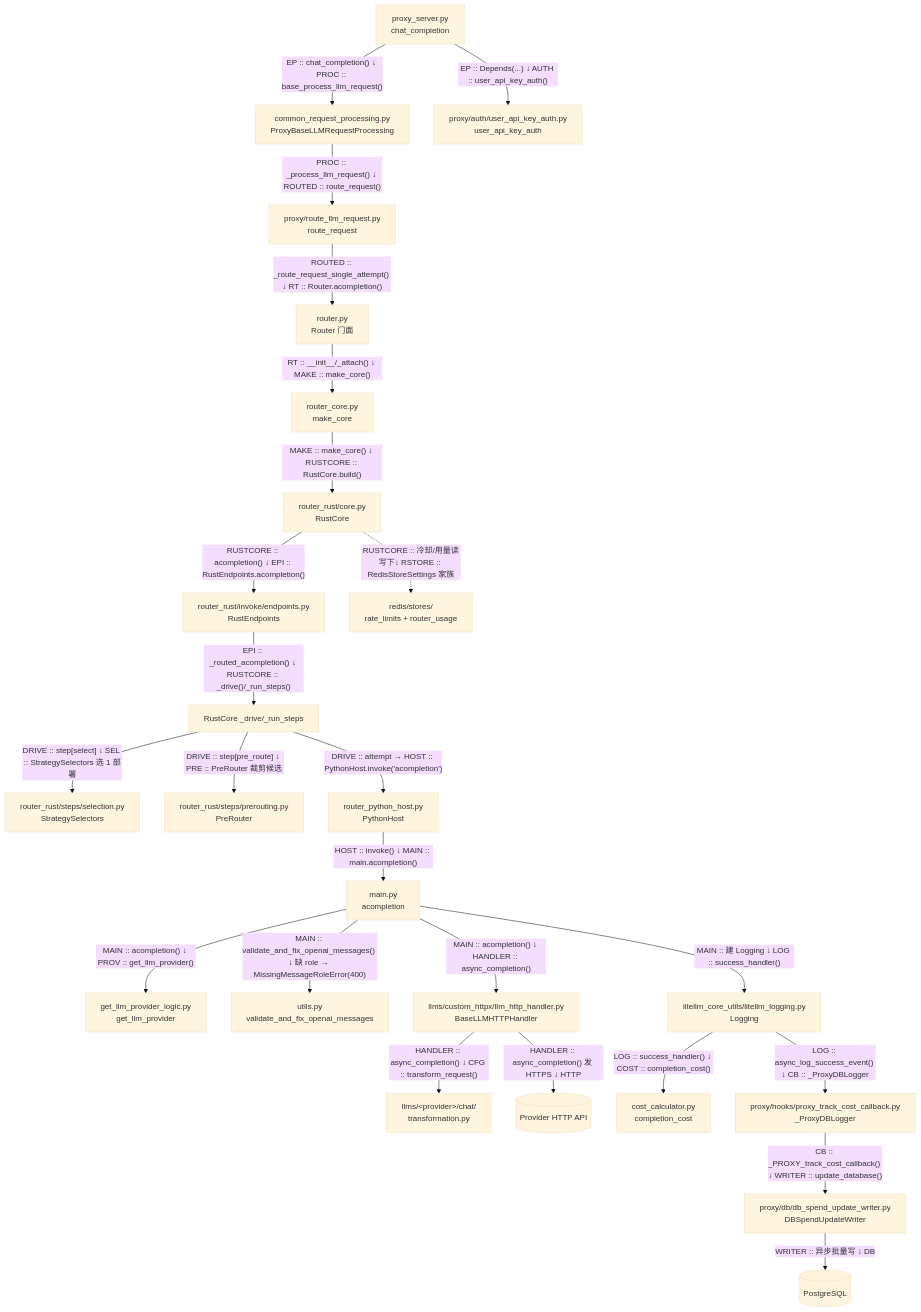
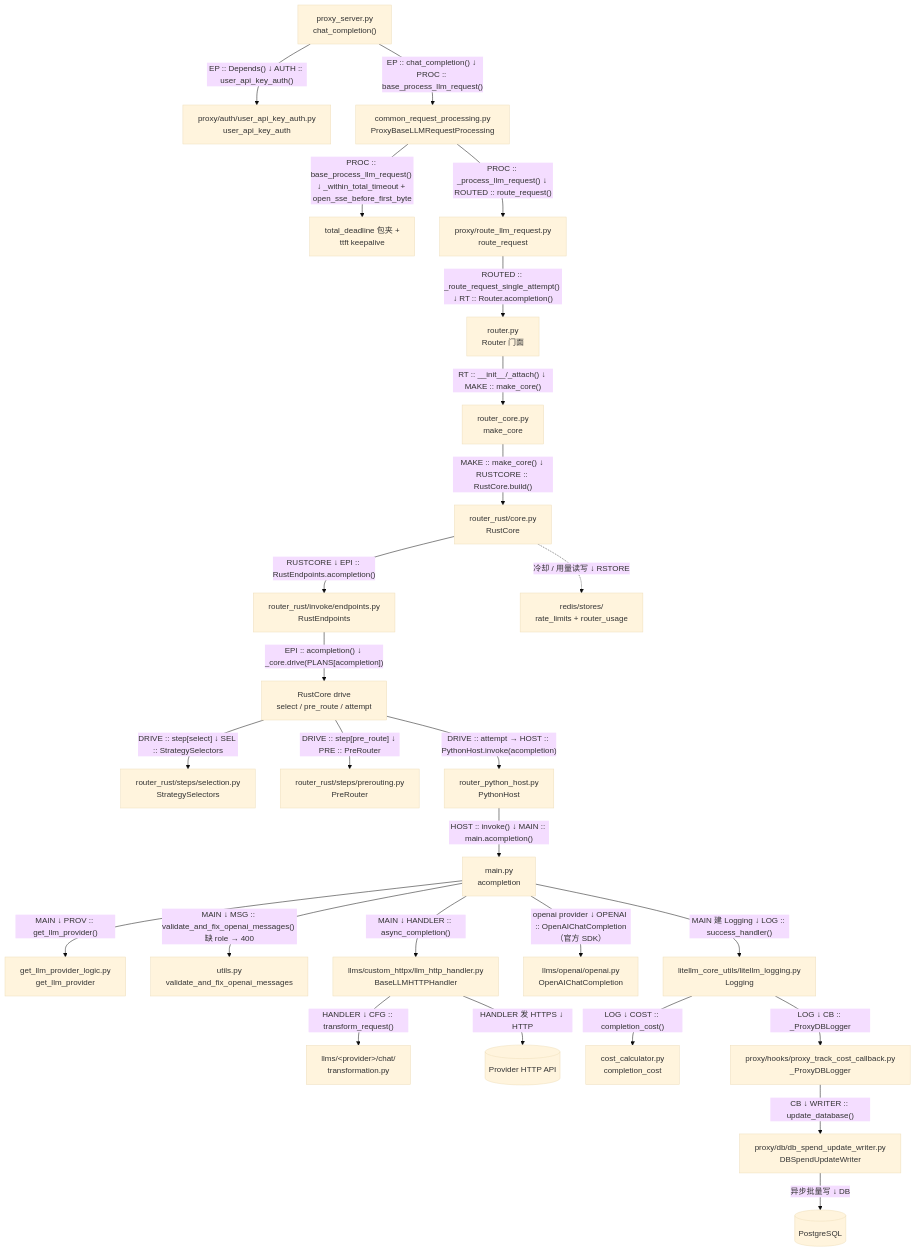
One commit to adrian9778/litellm changed the diagram in docs/sourceReader/01-skeleton/04-request-lifecycle.md. Above: the diagram before and after it, drawn with Mermaid (base theme). The commit also changed other lines of this file and 28 other files, not shown here.

````diff
--- a/docs/sourceReader/01-skeleton/04-request-lifecycle.md
+++ b/docs/sourceReader/01-skeleton/04-request-lifecycle.md
@@ -97,26 +100,28 @@
 ```mermaid
 graph TD
-    EP["proxy_server.py<br/>chat_completion"] -->|"EP :: chat_completion() ↓ PROC :: base_process_llm_request()"| PROC["common_request_processing.py<br/>ProxyBaseLLMRequestProcessing"]
-    EP -->|"EP :: Depends(...) ↓ AUTH :: user_api_key_auth()"| AUTH["proxy/auth/user_api_key_auth.py<br/>user_api_key_auth"]
+    EP["proxy_server.py<br/>chat_completion()"] -->|"EP :: Depends() ↓ AUTH :: user_api_key_auth()"| AUTH["proxy/auth/user_api_key_auth.py<br/>user_api_key_auth"]
+    EP -->|"EP :: chat_completion() ↓ PROC :: base_process_llm_request()"| PROC["common_request_processing.py<br/>ProxyBaseLLMRequestProcessing"]
+    PROC -->|"PROC :: base_process_llm_request() ↓ _within_total_timeout + open_sse_before_first_byte"| WRAP["total_deadline 包夹 +<br/>ttft keepalive"]
     PROC -->|"PROC :: _process_llm_request() ↓ ROUTED :: route_request()"| ROUTED["proxy/route_llm_request.py<br/>route_request"]
     ROUTED -->|"ROUTED :: _route_request_single_attempt() ↓ RT :: Router.acompletion()"| RT["router.py<br/>Router 门面"]
     RT -->|"RT :: __init__/_attach() ↓ MAKE :: make_core()"| MAKE["router_core.py<br/>make_core"]
     MAKE -->|"MAKE :: make_core() ↓ RUSTCORE :: RustCore.build()"| RUSTCORE["router_rust/core.py<br/>RustCore"]
-    RUSTCORE -->|"RUSTCORE :: acompletion() ↓ EPI :: RustEndpoints.acompletion()"| EPI["router_rust/invoke/endpoints.py<br/>RustEndpoints"]
-    EPI -->|"EPI :: _routed_acompletion() ↓ RUSTCORE :: _drive()/_run_steps()"| DRIVE["RustCore _drive/_run_steps"]
-    DRIVE -->|"DRIVE :: step[select] ↓ SEL :: StrategySelectors 选 1 部署"| SEL["router_rust/steps/selection.py<br/>StrategySelectors"]
-    DRIVE -->|"DRIVE :: step[pre_route] ↓ PRE :: PreRouter 裁剪候选"| PRE["router_rust/steps/prerouting.py<br/>PreRouter"]
-    DRIVE -->|"DRIVE :: attempt → HOST :: PythonHost.invoke('acompletion')"| HOST["router_python_host.py<br/>PythonHost"]
+    RUSTCORE -->|"RUSTCORE ↓ EPI :: RustEndpoints.acompletion()"| EPI["router_rust/invoke/endpoints.py<br/>RustEndpoints"]
+    EPI -->|"EPI :: acompletion() ↓ _core.drive(PLANS[acompletion])"| DRIVE["RustCore drive<br/>select / pre_route / attempt"]
+    DRIVE -->|"DRIVE :: step[select] ↓ SEL :: StrategySelectors"| SEL["router_rust/steps/selection.py<br/>StrategySelectors"]
+    DRIVE -->|"DRIVE :: step[pre_route] ↓ PRE :: PreRouter"| PRE["router_rust/steps/prerouting.py<br/>PreRouter"]
+    DRIVE -->|"DRIVE :: attempt → HOST :: PythonHost.invoke(acompletion)"| HOST["router_python_host.py<br/>PythonHost"]
     HOST -->|"HOST :: invoke() ↓ MAIN :: main.acompletion()"| MAIN["main.py<br/>acompletion"]
-    MAIN -->|"MAIN :: acompletion() ↓ PROV :: get_llm_provider()"| PROV["get_llm_provider_logic.py<br/>get_llm_provider"]
-    MAIN -->|"MAIN :: validate_and_fix_openai_messages() ↓ 缺 role → MissingMessageRoleError(400)"| MSG["utils.py<br/>validate_and_fix_openai_messages"]
-    MAIN -->|"MAIN :: acompletion() ↓ HANDLER :: async_completion()"| HANDLER["llms/custom_httpx/llm_http_handler.py<br/>BaseLLMHTTPHandler"]
-    HANDLER -->|"HANDLER :: async_completion() ↓ CFG :: transform_request()"| CFG["llms/&lt;provider&gt;/chat/<br/>transformation.py"]
-    HANDLER -->|"HANDLER :: async_completion() 发 HTTPS ↓ HTTP"| HTTP[("Provider HTTP API")]
-    MAIN -->|"MAIN :: 建 Logging ↓ LOG :: success_handler()"| LOG["litellm_core_utils/litellm_logging.py<br/>Logging"]
-    LOG -->|"LOG :: success_handler() ↓ COST :: completion_cost()"| COST["cost_calculator.py<br/>completion_cost"]
-    LOG -->|"LOG :: async_log_success_event() ↓ CB :: _ProxyDBLogger"| CB["proxy/hooks/proxy_track_cost_callback.py<br/>_ProxyDBLogger"]
-    CB -->|"CB :: _PROXY_track_cost_callback() ↓ WRITER :: update_database()"| WRITER["proxy/db/db_spend_update_writer.py<br/>DBSpendUpdateWriter"]
-    WRITER -->|"WRITER :: 异步批量写 ↓ DB"| DB[("PostgreSQL")]
-    RUSTCORE -.->|"RUSTCORE :: 冷却/用量读写下↓ RSTORE :: RedisStoreSettings 家族"| RSTORE["redis/stores/<br/>rate_limits + router_usage"]
+    MAIN -->|"MAIN ↓ PROV :: get_llm_provider()"| PROV["get_llm_provider_logic.py<br/>get_llm_provider"]
+    MAIN -->|"MAIN ↓ MSG :: validate_and_fix_openai_messages() 缺 role → 400"| MSG["utils.py<br/>validate_and_fix_openai_messages"]
+    MAIN -->|"MAIN ↓ HANDLER :: async_completion()"| HANDLER["llms/custom_httpx/llm_http_handler.py<br/>BaseLLMHTTPHandler"]
+    MAIN -->|"openai provider ↓ OPENAI :: OpenAIChatCompletion（官方 SDK）"| OPENAI["llms/openai/openai.py<br/>OpenAIChatCompletion"]
+    HANDLER -->|"HANDLER ↓ CFG :: transform_request()"| CFG["llms/&lt;provider&gt;/chat/<br/>transformation.py"]
+    HANDLER -->|"HANDLER 发 HTTPS ↓ HTTP"| HTTP[("Provider HTTP API")]
+    MAIN -->|"MAIN 建 Logging ↓ LOG :: success_handler()"| LOG["litellm_core_utils/litellm_logging.py<br/>Logging"]
+    LOG -->|"LOG ↓ COST :: completion_cost()"| COST["cost_calculator.py<br/>completion_cost"]
+    LOG -->|"LOG ↓ CB :: _ProxyDBLogger"| CB["proxy/hooks/proxy_track_cost_callback.py<br/>_ProxyDBLogger"]
+    CB -->|"CB ↓ WRITER :: update_database()"| WRITER["proxy/db/db_spend_update_writer.py<br/>DBSpendUpdateWriter"]
+    WRITER -->|"异步批量写 ↓ DB"| DB[("PostgreSQL")]
+    RUSTCORE -.->|"冷却 / 用量读写 ↓ RSTORE"| RSTORE["redis/stores/<br/>rate_limits + router_usage"]
 ```
````
